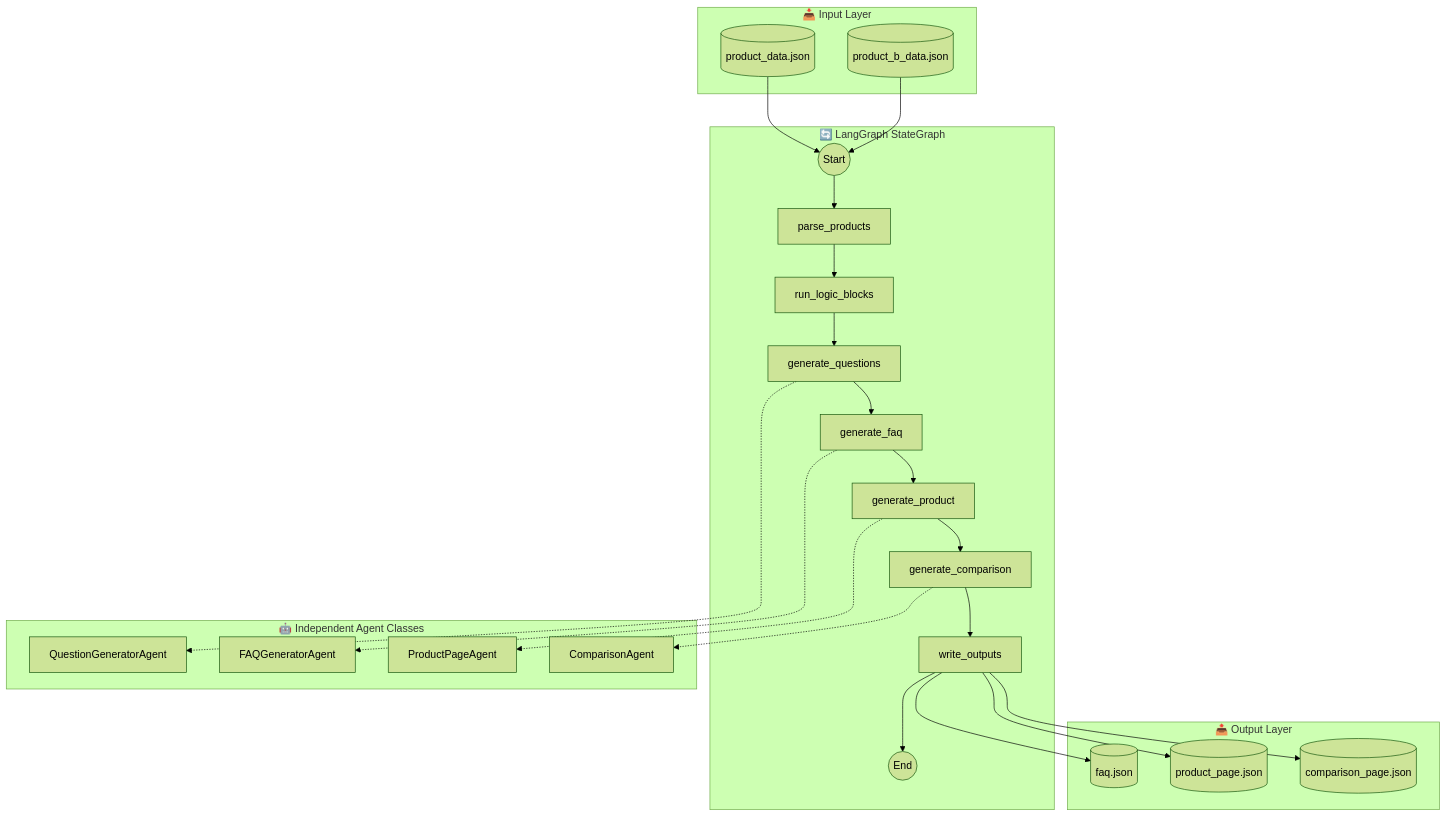
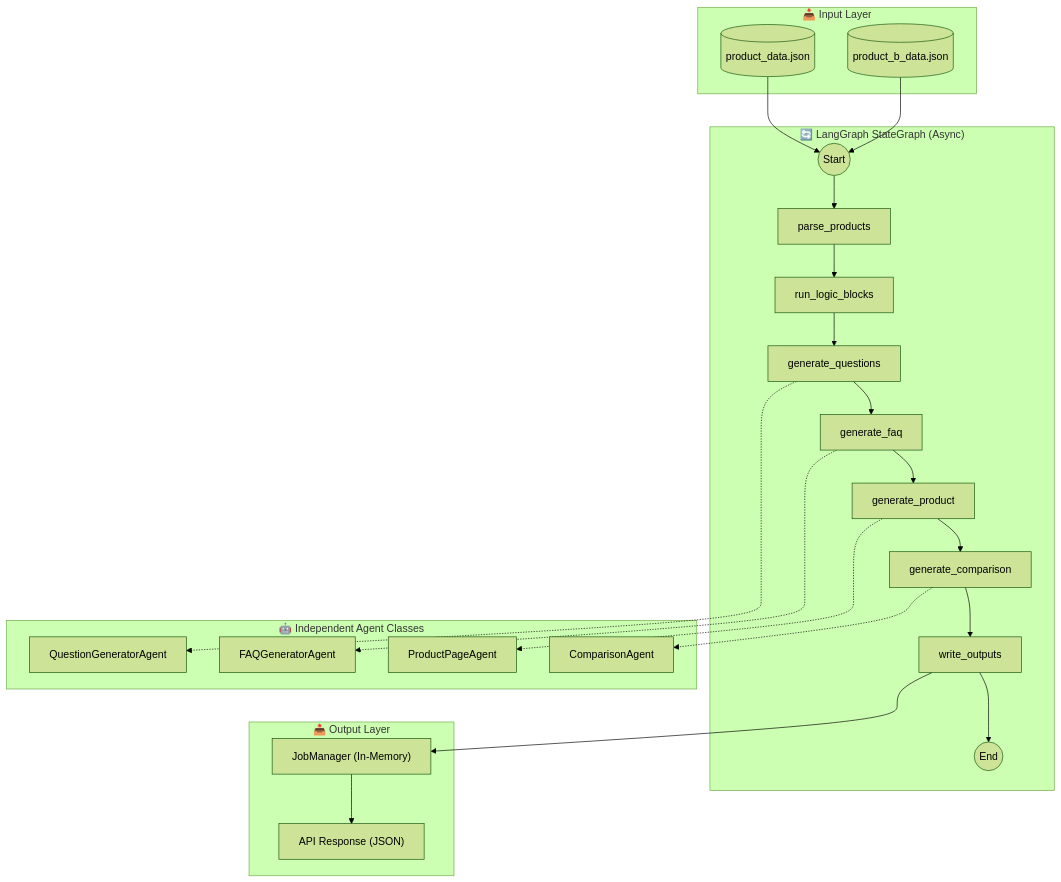
Before and after one commit to Fatal777/kasparro-agentic-saad-ilkal: the diagram in README.md, drawn with Mermaid (forest theme). The commit also changed other lines of this file and 20 other files, not shown here.

Commit message:
feat: Establish agentic framework including LLM agents, graph nodes, prompt management, API, and frontend.

````diff
--- a/README.md
+++ b/README.md
@@ -29,39 +29,38 @@
 ```mermaid
 flowchart TB
     subgraph Input["📥 Input Layer"]
         PD[("product_data.json")]
         PDB[("product_b_data.json")]
     end
 
-    subgraph LangGraph["🔄 LangGraph StateGraph"]
+    subgraph LangGraph["🔄 LangGraph StateGraph (Async)"]
         START((Start)) --> PARSE["parse_products"]
         PARSE --> LOGIC["run_logic_blocks"]
-        LOGIC --> QUESTIONS["generate_questions "]
-        QUESTIONS --> FAQ["generate_faq "]
-        FAQ --> PRODUCT["generate_product "]
-        PRODUCT --> COMPARE["generate_comparison "]
+        LOGIC --> QUESTIONS["generate_questions"]
+        QUESTIONS --> FAQ["generate_faq"]
+        FAQ --> PRODUCT["generate_product"]
+        PRODUCT --> COMPARE["generate_comparison"]
         COMPARE --> WRITE["write_outputs"]
         WRITE --> END((End))
     end
 
     subgraph Agents["🤖 Independent Agent Classes"]
         QA["QuestionGeneratorAgent"]
         FA["FAQGeneratorAgent"]
         PA["ProductPageAgent"]
         CA["ComparisonAgent"]
     end
 
     subgraph Output["📤 Output Layer"]
-        FJ[("faq.json")]
-        PPJ[("product_page.json")]
-        CPJ[("comparison_page.json")]
+        JM["JobManager (In-Memory)"]
+        API["API Response (JSON)"]
     end
 
     PD --> START
     PDB --> START
     QUESTIONS -.-> QA
     FAQ -.-> FA
     PRODUCT -.-> PA
     COMPARE -.-> CA
-    WRITE --> FJ & PPJ & CPJ
+    WRITE --> JM --> API
 ```
````
